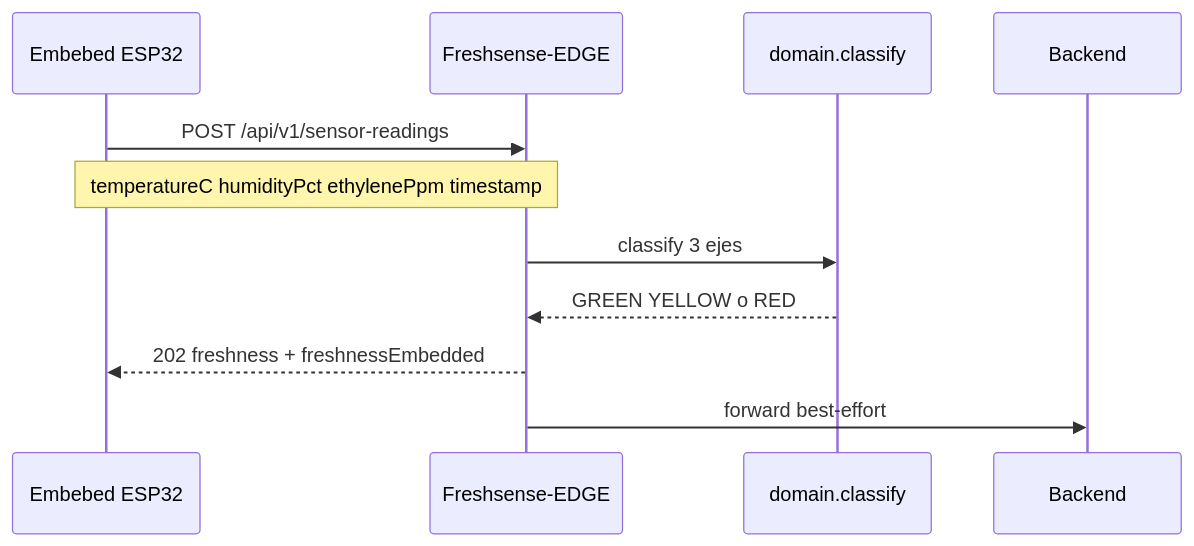
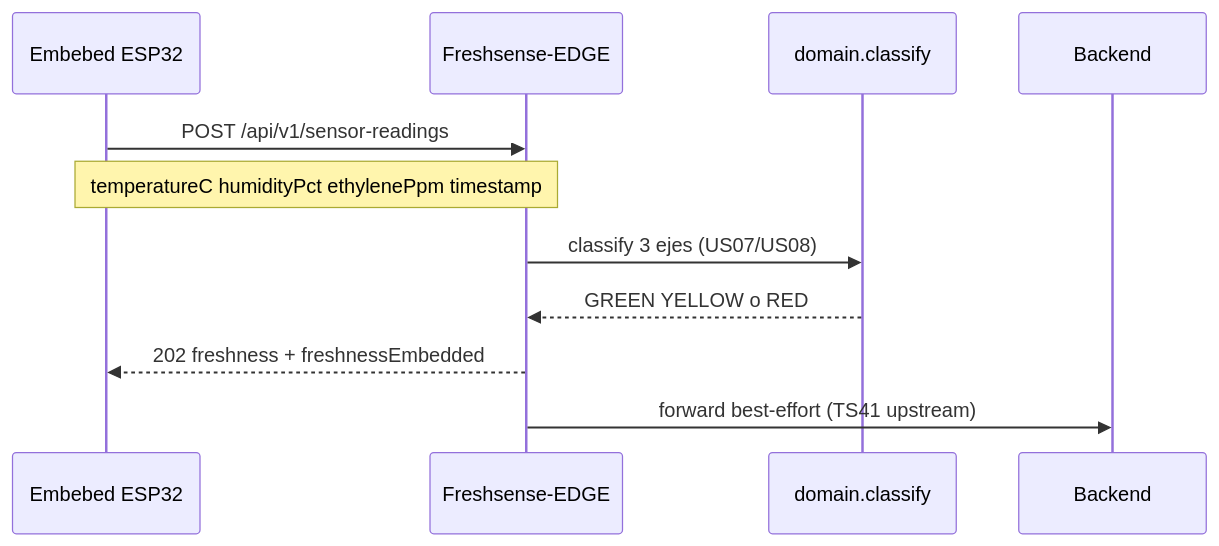
One commit to 1ASI0572-2620-8725/Freshsense-EDGE changed the second of 2 diagrams in docs/diagrama-de-clases.md. Above: the diagram before and after it, drawn with Mermaid. The commit also changed other lines of this file and 3 other files, not shown here.

````diff
--- a/docs/diagrama-de-clases.md
+++ b/docs/diagrama-de-clases.md
@@ -107,14 +114,14 @@
 ```mermaid
 sequenceDiagram
   participant ESP as Embebed ESP32
   participant Edge as Freshsense-EDGE
   participant Dom as domain.classify
   participant BE as Backend
 
   ESP->>Edge: POST /api/v1/sensor-readings
   Note over ESP,Edge: temperatureC humidityPct ethylenePpm timestamp
-  Edge->>Dom: classify 3 ejes
+  Edge->>Dom: classify 3 ejes (US07/US08)
   Dom-->>Edge: GREEN YELLOW o RED
   Edge-->>ESP: 202 freshness + freshnessEmbedded
-  Edge->>BE: forward best-effort
+  Edge->>BE: forward best-effort (TS41 upstream)
 ```
````
